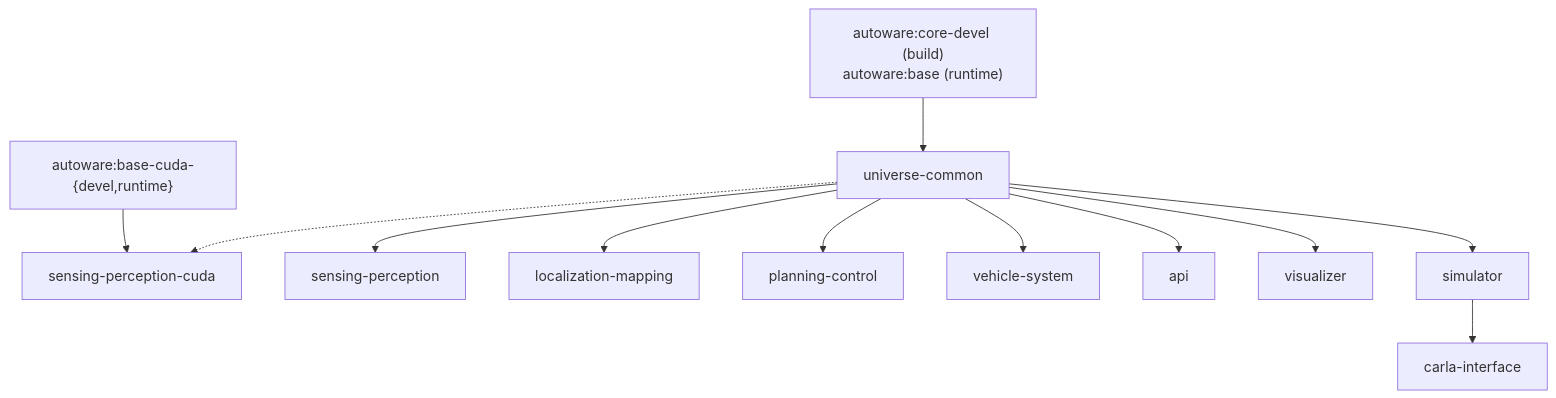
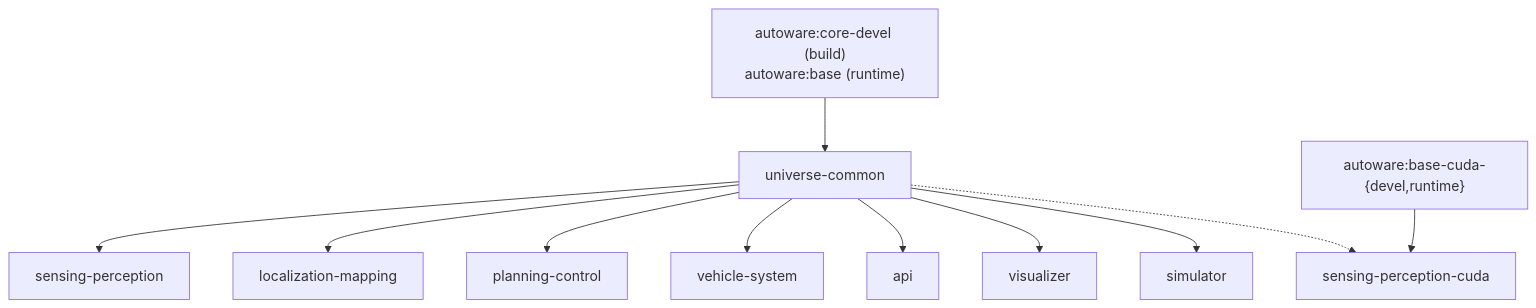
One commit to autowarefoundation/openadkit changed the diagram in docs/includes/build-pipeline.md. Above: the diagram before and after it, drawn with Mermaid. The commit also changed 19 other files, not shown here.

````diff
--- a/docs/includes/build-pipeline.md
+++ b/docs/includes/build-pipeline.md
@@ -1,15 +1,14 @@
 ```mermaid
 flowchart TB
     CORE["autoware:core-devel (build)<br/>autoware:base (runtime)"] --> UC["universe-common"]
     CUDA["autoware:base-cuda-{devel,runtime}"] --> SPC["sensing-perception-cuda"]
 
     UC --> SP["sensing-perception"]
     UC --> LM["localization-mapping"]
     UC --> PC["planning-control"]
     UC --> VS["vehicle-system"]
     UC --> API["api"]
     UC --> VIZ["visualizer"]
     UC --> SIM["simulator"]
     UC -.-> SPC
-    SIM --> CARLA["carla-interface"]
 ```
````
